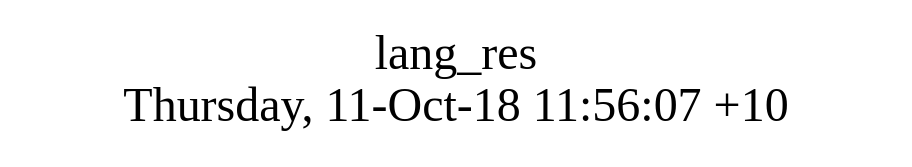
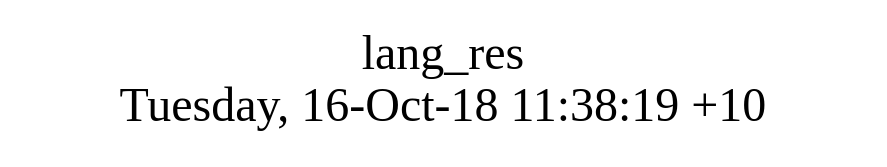
Before and after one commit to AplaProject/apps: the diagram in src/lang_res/struct.dot, drawn with Graphviz. The commit also changed 22 other files, not shown here.

Commit message:
Rename lang_res

```diff
--- a/src/lang_res/struct.dot
+++ b/src/lang_res/struct.dot
@@ -1,8 +1,8 @@
 digraph G {
 fontsize="24";
-label="lang_res\nThursday, 11-Oct-18 11:56:07 +10";
+label="lang_res\nTuesday, 16-Oct-18 11:38:19 +10";
 nojustify=true;
 ordering=out;
 rankdir=LR;
 size="30";
 }
```
